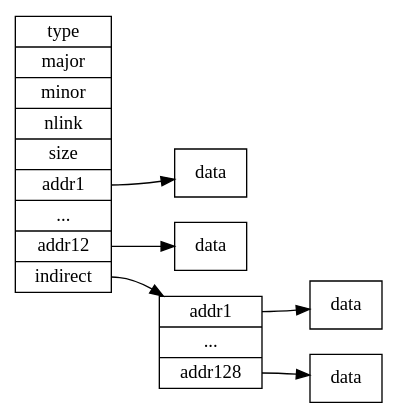
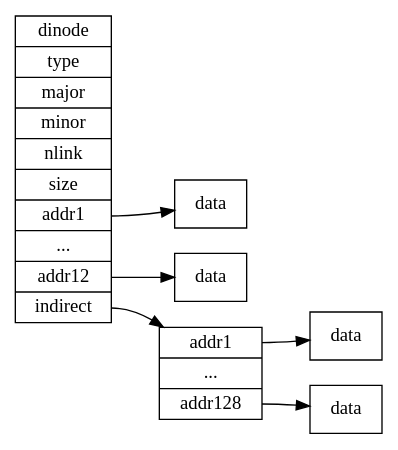
Before and after one commit to Jeanhwea/xv6-course: the diagram in 62-buffer-log.org, drawn with Graphviz. The commit also changed 1 other file, not shown here.

Commit message:
timestamp: 2023-12-01 16:57:49

```diff
--- a/62-buffer-log.org
+++ b/62-buffer-log.org
@@ -11,38 +11,38 @@
 #+BEGIN_SRC dot :exports results :file ./img/dinode.png
   digraph {
     graph [
       rankdir = "LR"
     ];
     dinode [
-      label = "type|major|minor|nlink|size|<f1>addr1|...|<f2>addr12|<f3>indirect"
+      label = "dinode|type|major|minor|nlink|size|<f1>addr1|...|<f2>addr12|<f3>indirect"
       shape = "record"
     ];
     dinode:f1 -> data01;
     data01 [
       label = "data"
       shape = "record"
     ];
     dinode:f2 -> data12;
     data12 [
       label = "data"
       shape = "record"
     ];
 
     dinode:f3 -> indrnode;
     indrnode [
       label = "<f1>addr1|...|<f2>addr128"
       shape = "record"
     ];
 
     indrnode:f1 -> idata01;
     idata01 [
       label = "data"
       shape = "record"
     ];
     indrnode:f2 -> idata128;
     idata128 [
       label = "data"
       shape = "record"
     ];
   }
 #+END_SRC
```
